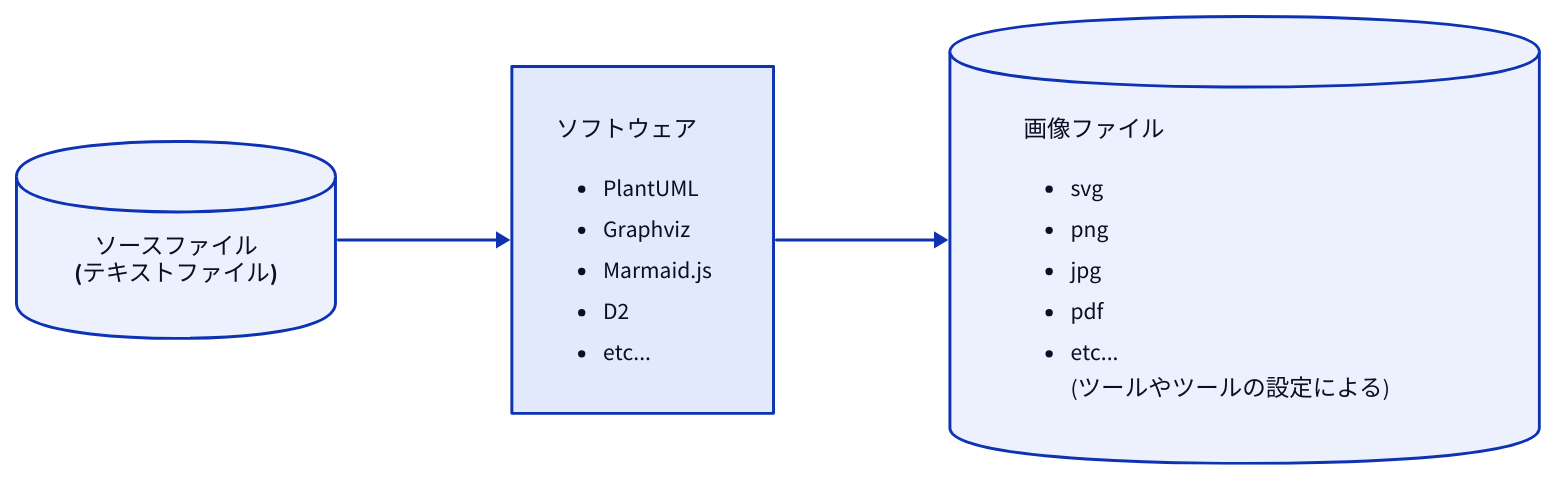
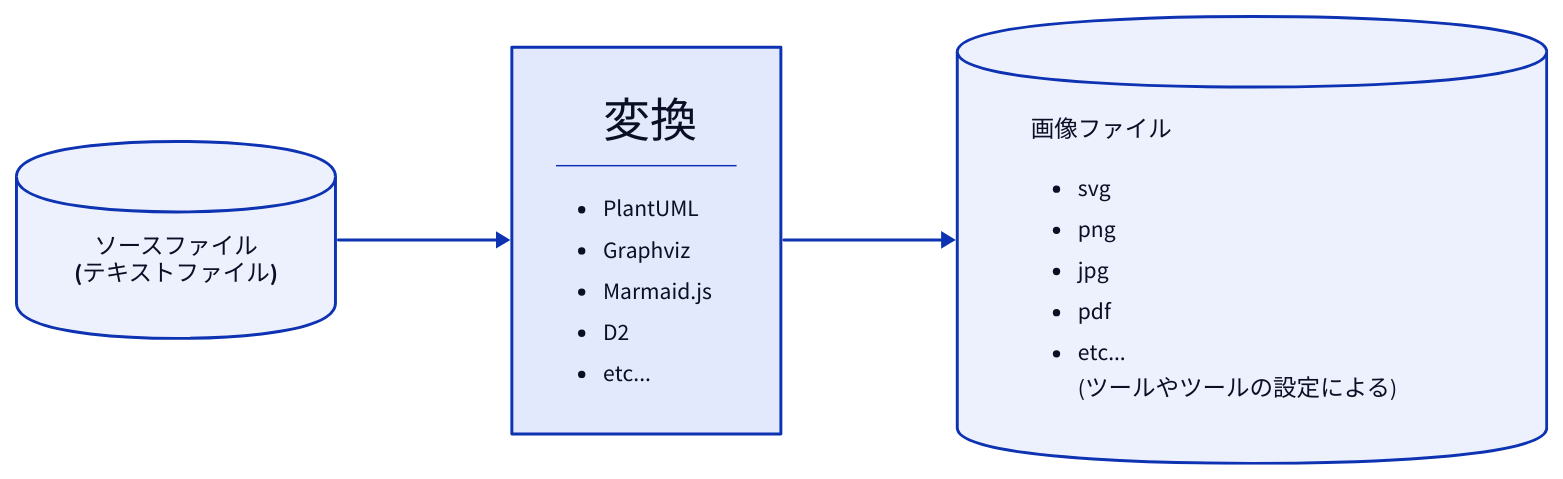
Before and after one commit to mitsugu/likebar: the diagram in 202504/fig2025040401.d2, drawn with D2. The commit also changed 3 other files, not shown here.

```diff
--- a/202504/fig2025040401.d2
+++ b/202504/fig2025040401.d2
@@ -1,30 +1,31 @@
 direction: right
 sourcefile: ソースファイル\n(テキストファイル) {
 	shape: cylinder
 }
 
 destnationfile: "" {
 	shape: cylinder
 	imagetype: |md
 		　  
 		画像ファイル
 		* svg
 		* png
 		* jpg
 		* pdf
 		* etc\.\.\.  
 		(ツールやツールの設定による)
 	|
 }
 softwares: "" {
 	shape: rectangle
 	softs: |md
-		ソフトウェア
+		　変換
+		===
 		* PlantUML
 		* Graphviz
 		* Marmaid.js
 		* D2
 		* etc\.\.\.
 	|
 }
 sourcefile -> softwares -> destnationfile
```
